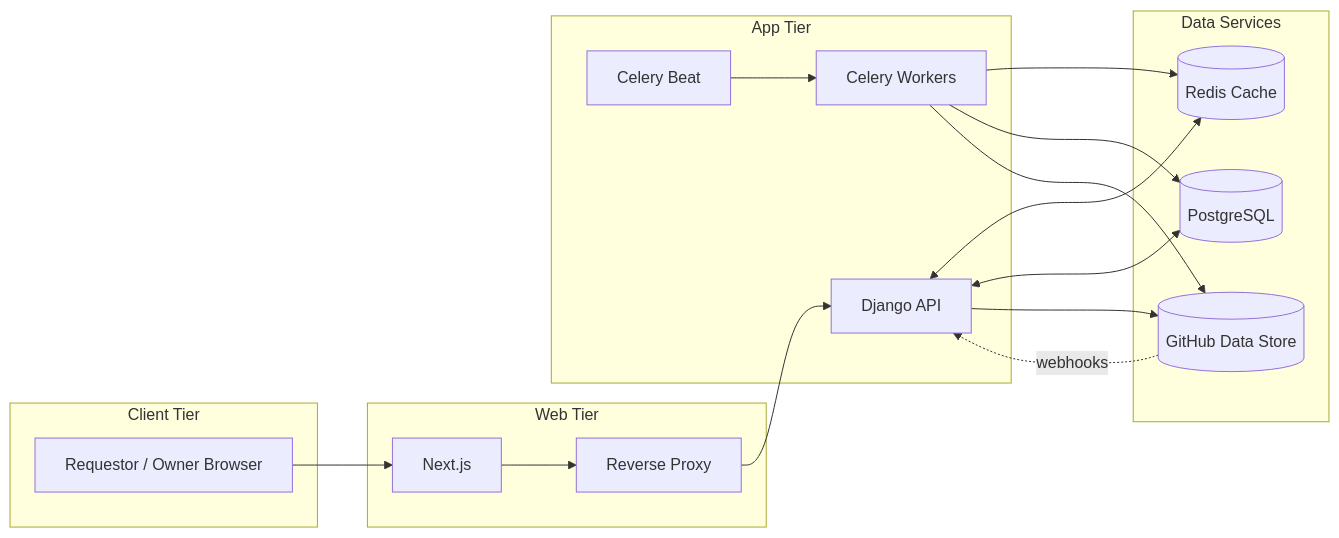
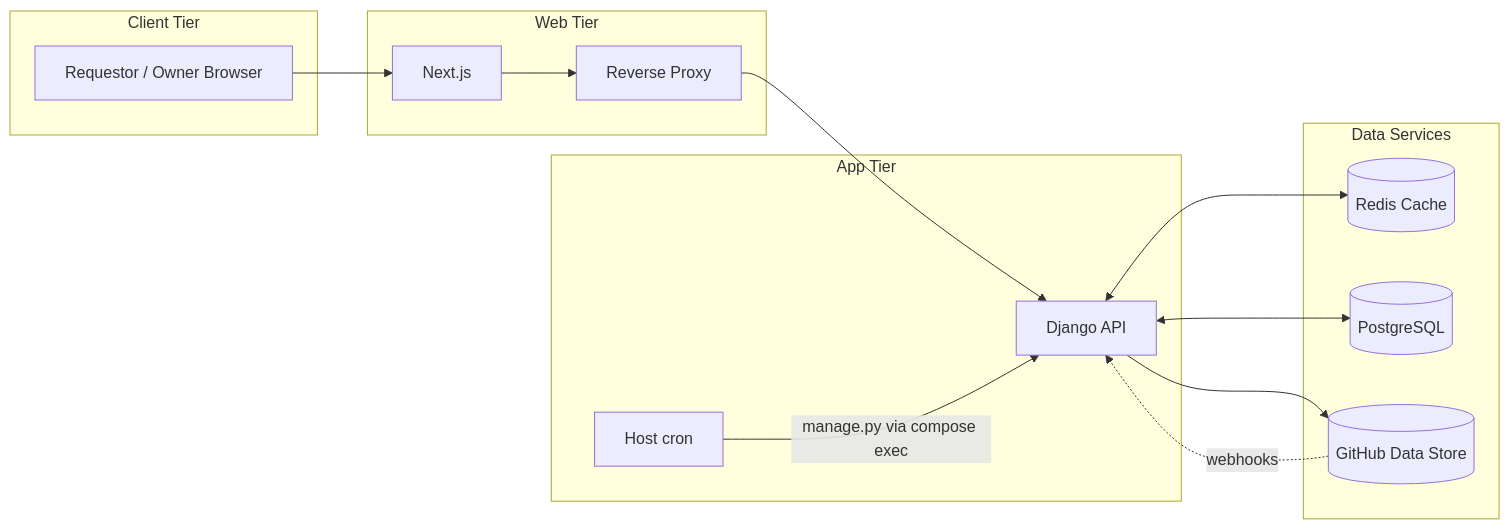
One commit to ClimateSmartAgCollab/DRT_Design_Document changed the fifth of 5 diagrams in docs/cache-architecture.md. Above: the diagram before and after it, drawn with Mermaid. The commit also changed other lines of this file and 4 other files, not shown here.

Commit message:
Document host-local npm scripts, venv setup, and the Celery-to-cron workflow.

````diff
--- a/docs/cache-architecture.md
+++ b/docs/cache-architecture.md
@@ -157,35 +152,31 @@
 ```mermaid
 graph LR
     subgraph Client Tier
         Browser[Requestor / Owner Browser]
     end
 
     subgraph Web Tier
         Frontend[Next.js]
         Nginx[Reverse Proxy]
     end
 
     subgraph App Tier
         DjangoAPI[Django API]
-        CeleryWorker[Celery Workers]
-        CeleryBeat[Celery Beat]
+        HostCron[Host cron]
     end
 
     subgraph Data Services
         RedisCache[(Redis Cache)]
         PostgresDB[(PostgreSQL)]
         GitHubRepo[(GitHub Data Store)]
     end
 
     Browser --> Frontend
     Frontend --> Nginx
     Nginx --> DjangoAPI
     DjangoAPI <--> RedisCache
     DjangoAPI <--> PostgresDB
     DjangoAPI --> GitHubRepo
-    CeleryWorker --> RedisCache
-    CeleryWorker --> PostgresDB
-    CeleryWorker --> GitHubRepo
-    CeleryBeat --> CeleryWorker
+    HostCron -->|manage.py via compose exec| DjangoAPI
     GitHubRepo -. webhooks .-> DjangoAPI
 ```
````
